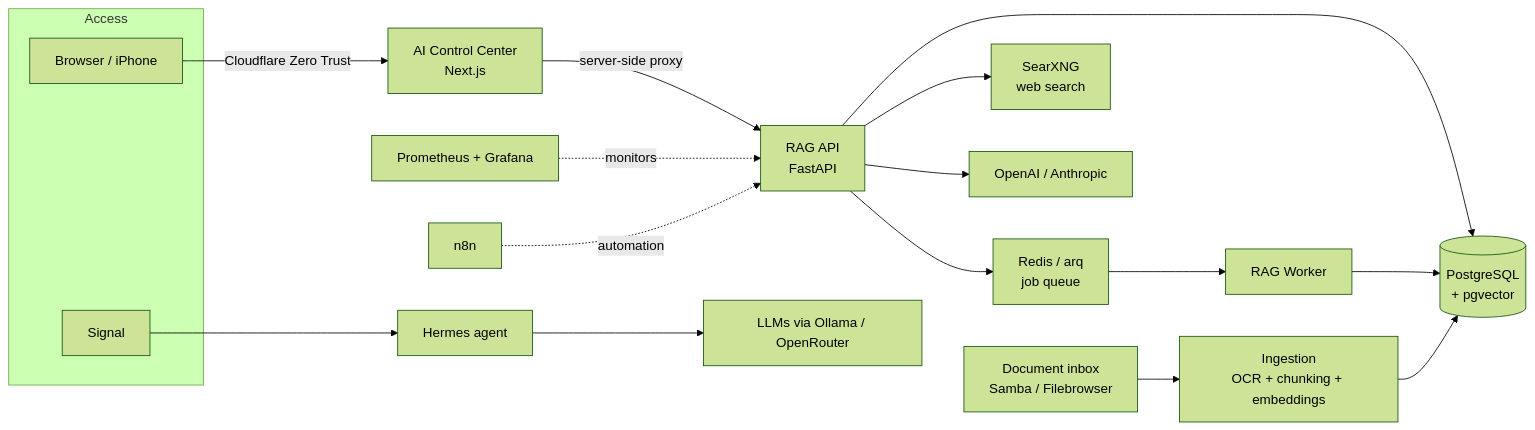
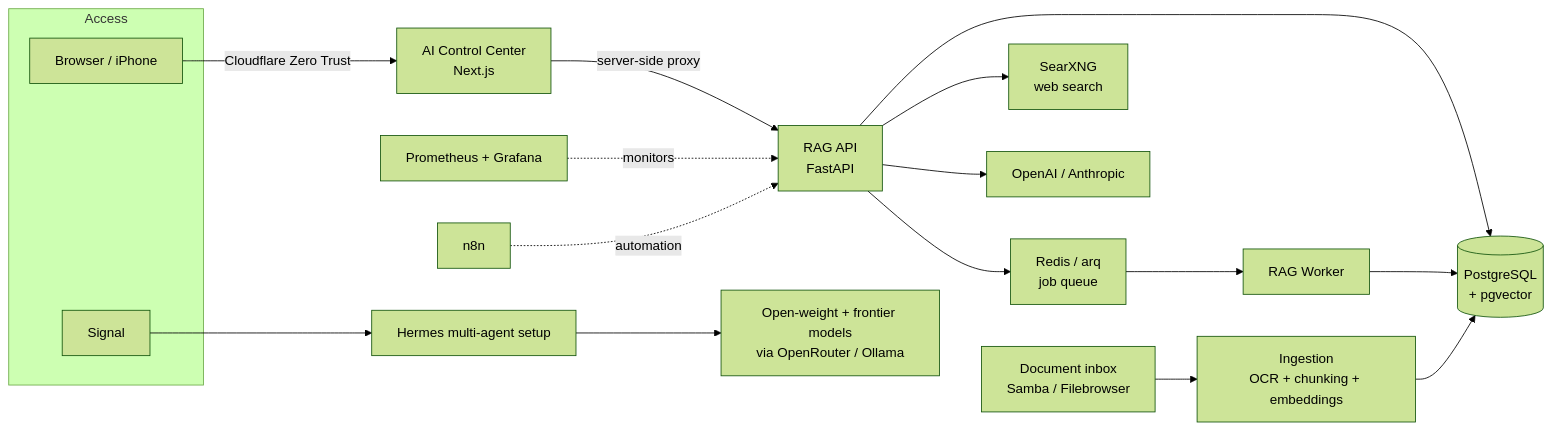
One commit to daniel-s-ai-server/ai-knowledge-platform changed the diagram in README.md. Above: the diagram before and after it, drawn with Mermaid (forest theme). The commit also changed other lines of this file, not shown here.

Commit message:
Update README: Hermes multi-agent setup, n8n automations, cost wording

````diff
--- a/README.md
+++ b/README.md
@@ -36,24 +37,24 @@
 ```mermaid
 flowchart LR
     subgraph Access
         U[Browser / iPhone]
         S[Signal]
     end
 
     U -->|Cloudflare Zero Trust| CC[AI Control Center<br/>Next.js]
     CC -->|server-side proxy| API[RAG API<br/>FastAPI]
     API --> PG[(PostgreSQL<br/>+ pgvector)]
     API --> Q[Redis / arq<br/>job queue]
     Q --> W[RAG Worker]
     W --> PG
     API --> SX[SearXNG<br/>web search]
     API --> LLM[OpenAI / Anthropic]
 
     IN[Document inbox<br/>Samba / Filebrowser] --> ING[Ingestion<br/>OCR + chunking + embeddings]
     ING --> PG
 
-    S --> H[Hermes agent] --> M[LLMs via Ollama / OpenRouter]
+    S --> H[Hermes multi-agent setup] --> M[Open-weight + frontier models<br/>via OpenRouter / Ollama]
 
     MON[Prometheus + Grafana] -.monitors.-> API
     N8N[n8n] -.automation.-> API
 ```
````
